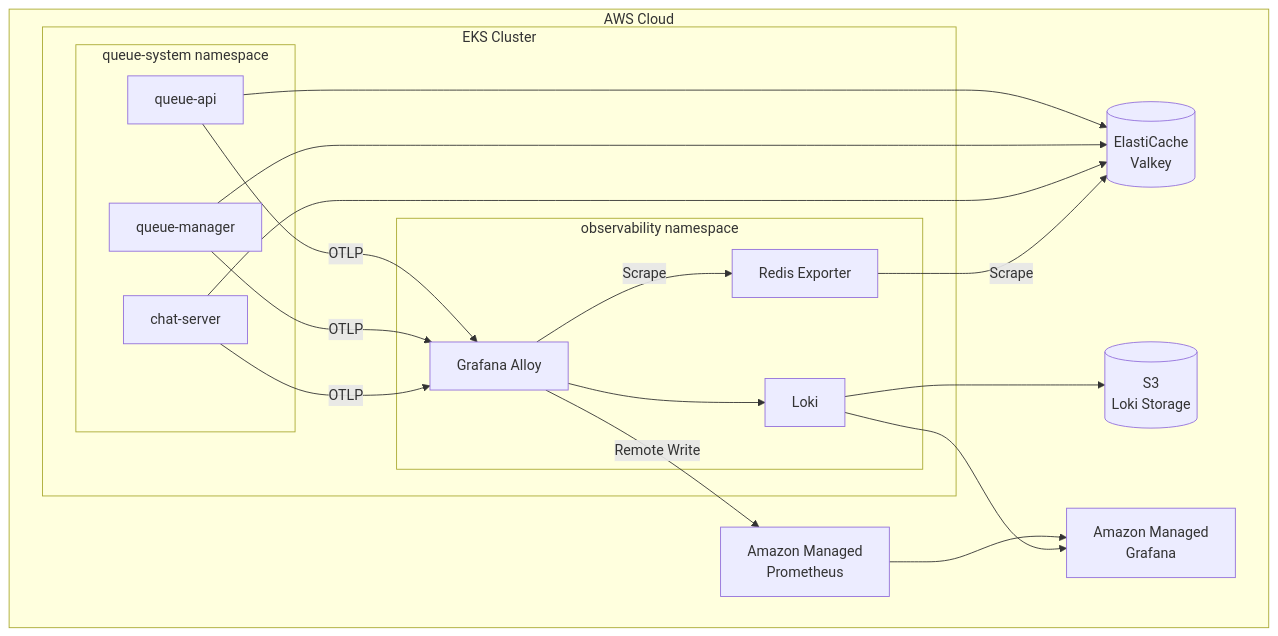
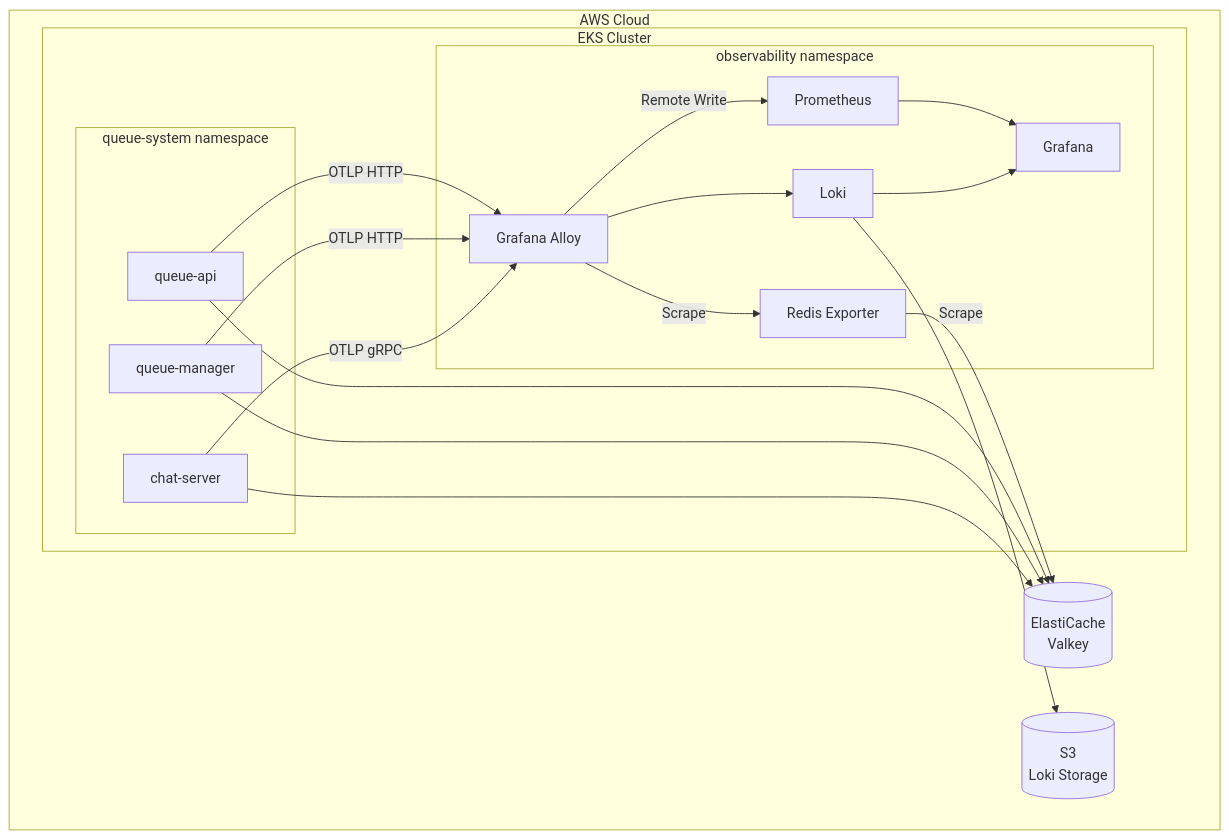
Before and after one commit to likelion-cloud-423/queue-infra: the first of 3 diagrams in README.md, drawn with Mermaid. The commit also changed other lines of this file and 1 other file, not shown here.

````diff
--- a/README.md
+++ b/README.md
@@ -7,39 +7,39 @@
 ```mermaid
 flowchart TB
     subgraph AWS["AWS Cloud"]
         subgraph EKS["EKS Cluster"]
             subgraph QS["queue-system namespace"]
                 QA[queue-api]
                 QM[queue-manager]
                 CS[chat-server]
             end
             subgraph OBS["observability namespace"]
                 ALLOY[Grafana Alloy]
+                PROM[Prometheus]
                 LOKI[Loki]
+                GRAF[Grafana]
                 RE[Redis Exporter]
             end
         end
         
         VALKEY[(ElastiCache<br/>Valkey)]
-        AMP[Amazon Managed<br/>Prometheus]
         S3[(S3<br/>Loki Storage)]
-        AMG[Amazon Managed<br/>Grafana]
     end
 
     QA --> VALKEY
     QM --> VALKEY
     CS --> VALKEY
     
-    QA -->|OTLP| ALLOY
-    QM -->|OTLP| ALLOY
-    CS -->|OTLP| ALLOY
+    QA -->|OTLP HTTP| ALLOY
+    QM -->|OTLP HTTP| ALLOY
+    CS -->|OTLP gRPC| ALLOY
     
-    ALLOY -->|Remote Write| AMP
+    ALLOY -->|Remote Write| PROM
     ALLOY --> LOKI
     LOKI --> S3
     RE -->|Scrape| VALKEY
     ALLOY -->|Scrape| RE
     
-    AMP --> AMG
-    LOKI --> AMG
+    PROM --> GRAF
+    LOKI --> GRAF
 ```
````
